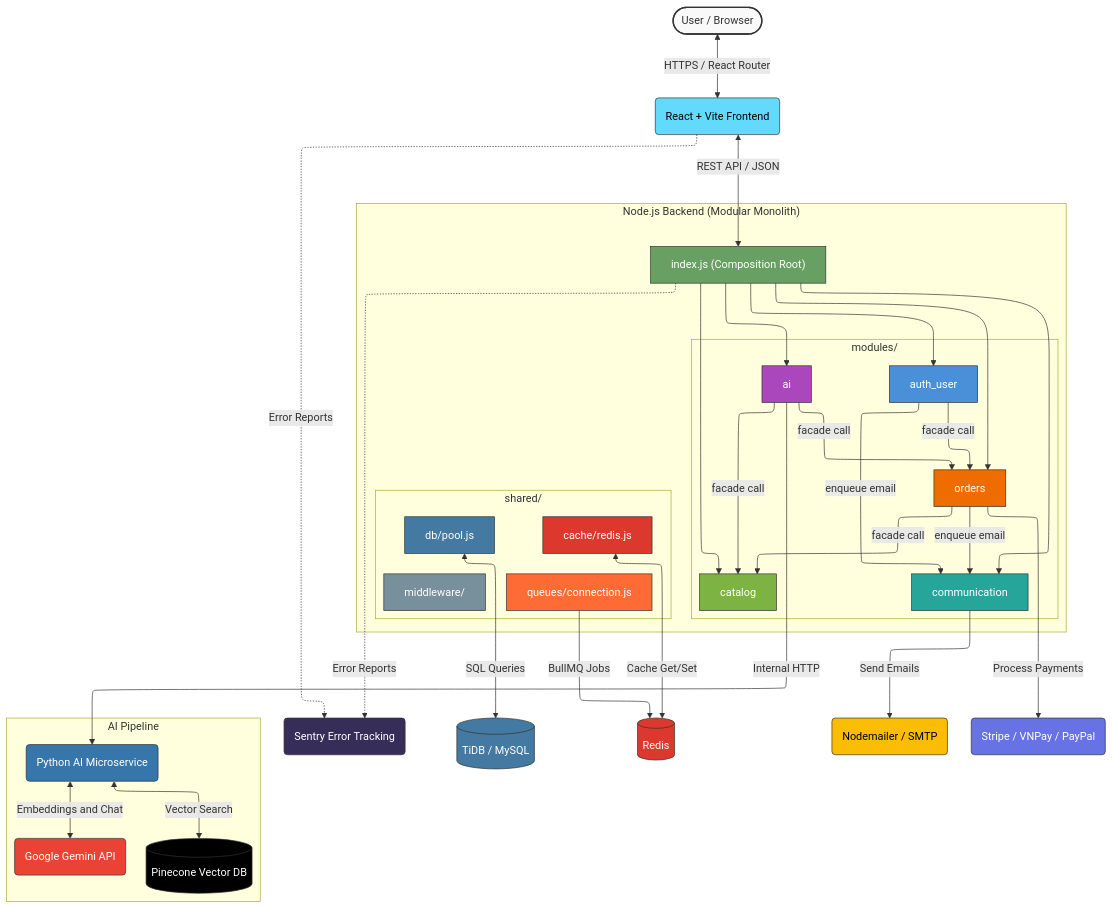
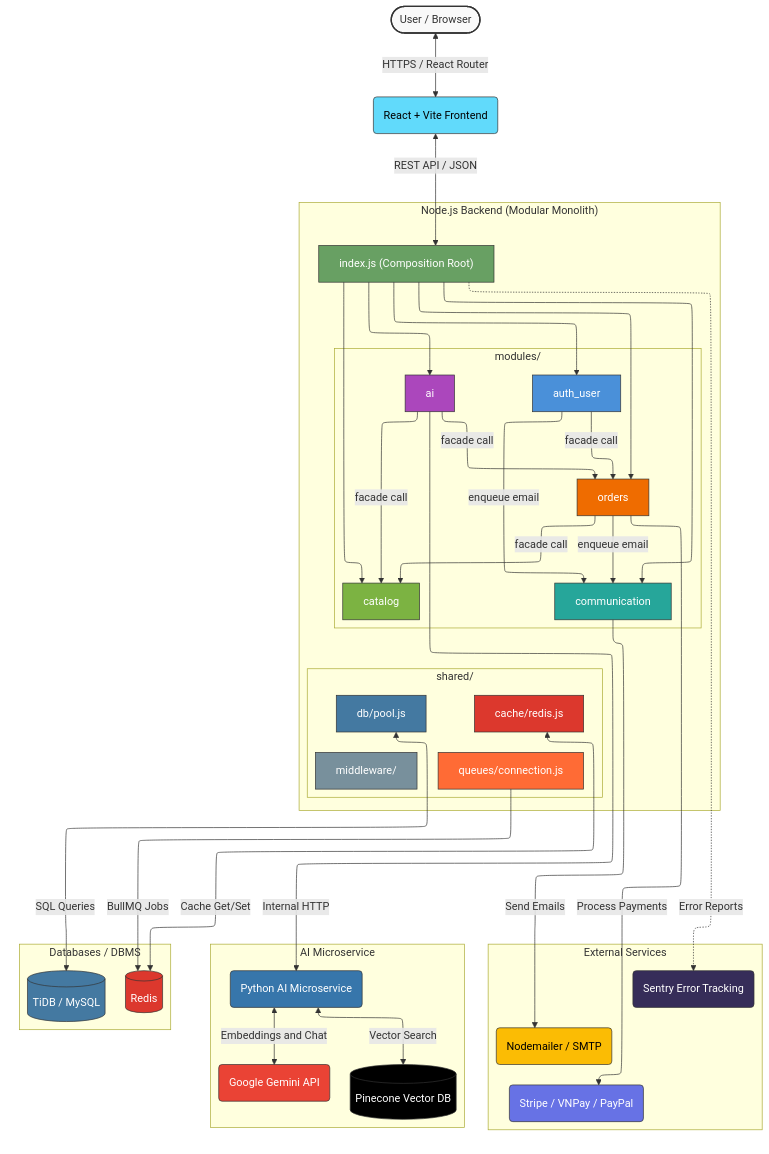
Before and after one commit to dhp-exe/e-commercial-project: the first of 3 diagrams in README.md, drawn with Mermaid.

Commit message:
docs: update system architecture flowchart in README

````diff
--- a/README.md
+++ b/README.md
@@ -96,73 +96,82 @@
 ```mermaid
 ---
 config:
   layout: elk
 ---
 flowchart TB
- subgraph s1["shared/"]
-        Pool["db/pool.js"]
-        RedisClient["cache/redis.js"]
-        MW["middleware/"]
-        QConn["queues/connection.js"]
-        
-        %% Invisible links to force a 2x2 grid layout
-        Pool ~~~ MW
-        RedisClient ~~~ QConn
+ subgraph ExternalServices["External Services"]
+        Sentry("Sentry Error Tracking")
+        EmailSMTP("Nodemailer / SMTP")
+        Payments("Stripe / VNPay / PayPal")
   end
  subgraph s2["modules/"]
         AuthUser["auth_user"]
         Catalog["catalog"]
         Orders["orders"]
         Comm["communication"]
         AI["ai"]
   end
+ subgraph s1["shared/"]
+        Pool["db/pool.js"]
+        RedisClient["cache/redis.js"]
+        MW["middleware/"]
+        QConn["queues/connection.js"]
+  end
  subgraph subGraph2["Node.js Backend (Modular Monolith)"]
         CompositionRoot["index.js (Composition Root)"]
+        s2
         s1
-        s2
   end
- subgraph subGraph3["AI Pipeline"]
+ subgraph subGraph3["AI Microservice"]
         Gemini("Google Gemini API")
         AIService("Python AI Microservice")
         Pinecone[("Pinecone Vector DB")]
   end
+ subgraph DBMS["Databases / DBMS"]
+        TiDB[("TiDB / MySQL")]
+        Redis[("Redis")]
+  end
+    Sentry ~~~ EmailSMTP & CompositionRoot
+    EmailSMTP ~~~ Payments
+    Pool ~~~ MW
+    RedisClient ~~~ QConn
     User(["User / Browser"]) <-- HTTPS / React Router --> Frontend("React + Vite Frontend")
     Frontend <-- REST API / JSON --> CompositionRoot
-    Frontend -. Error Reports .-> Sentry("Sentry Error Tracking")
     CompositionRoot --> AuthUser & Catalog & Orders & Comm & AI
     AuthUser -- facade call --> Orders
     Orders -- facade call --> Catalog
     Orders -- enqueue email --> Comm
     AuthUser -- enqueue email --> Comm
     AI -- facade call --> Catalog & Orders
-    Pool <-- SQL Queries --> TiDB[("TiDB / MySQL")]
-    RedisClient <-- Cache Get/Set --> Redis[("Redis")]
+    Catalog ~~~ Pool
+    Pool <-- SQL Queries --> TiDB
+    RedisClient <-- Cache Get/Set --> Redis
     AI -- Internal HTTP --> AIService
-    Comm -- Send Emails --> EmailSMTP("Nodemailer / SMTP")
-    Orders -- Process Payments --> Payments("Stripe / VNPay / PayPal")
     CompositionRoot -. Error Reports .-> Sentry
+    Comm -- Send Emails --> EmailSMTP
+    Orders -- Process Payments --> Payments
     AIService <-- Embeddings and Chat --> Gemini
     AIService <-- Vector Search --> Pinecone
     QConn -- BullMQ Jobs --> Redis
 
-    style Pool fill:#4479a1,stroke:#333,color:#fff
-    style RedisClient fill:#dc382d,stroke:#333,color:#fff
-    style MW fill:#78909c,stroke:#333,color:#fff
-    style QConn fill:#ff6b35,stroke:#333,color:#fff
+    style Sentry fill:#362d59,stroke:#333,color:#fff
+    style EmailSMTP fill:#fbbc04,stroke:#333,color:#000
+    style Payments fill:#6772e5,stroke:#333,color:#fff
     style AuthUser fill:#4a90d9,stroke:#333,color:#fff
     style Catalog fill:#7cb342,stroke:#333,color:#fff
     style Orders fill:#ef6c00,stroke:#333,color:#fff
     style Comm fill:#26a69a,stroke:#333,color:#fff
     style AI fill:#ab47bc,stroke:#333,color:#fff
+    style Pool fill:#4479a1,stroke:#333,color:#fff
+    style RedisClient fill:#dc382d,stroke:#333,color:#fff
+    style MW fill:#78909c,stroke:#333,color:#fff
+    style QConn fill:#ff6b35,stroke:#333,color:#fff
     style CompositionRoot fill:#68a063,stroke:#333,color:#fff
     style Gemini fill:#ea4335,stroke:#333,color:#fff
     style AIService fill:#3776ab,stroke:#333,color:#fff
     style Pinecone fill:#000000,stroke:#333,color:#fff
+    style TiDB fill:#4479a1,stroke:#333,color:#fff
+    style Redis fill:#dc382d,stroke:#333,color:#fff
     style User fill:#f9f9f9,stroke:#333,stroke-width:2px
     style Frontend fill:#61dafb,stroke:#333,color:#000
-    style Sentry fill:#362d59,stroke:#333,color:#fff
-    style TiDB fill:#4479a1,stroke:#333,color:#fff
-    style Redis fill:#dc382d,stroke:#333,color:#fff
-    style EmailSMTP fill:#fbbc04,stroke:#333,color:#000
-    style Payments fill:#6772e5,stroke:#333,color:#fff
 ```
````
